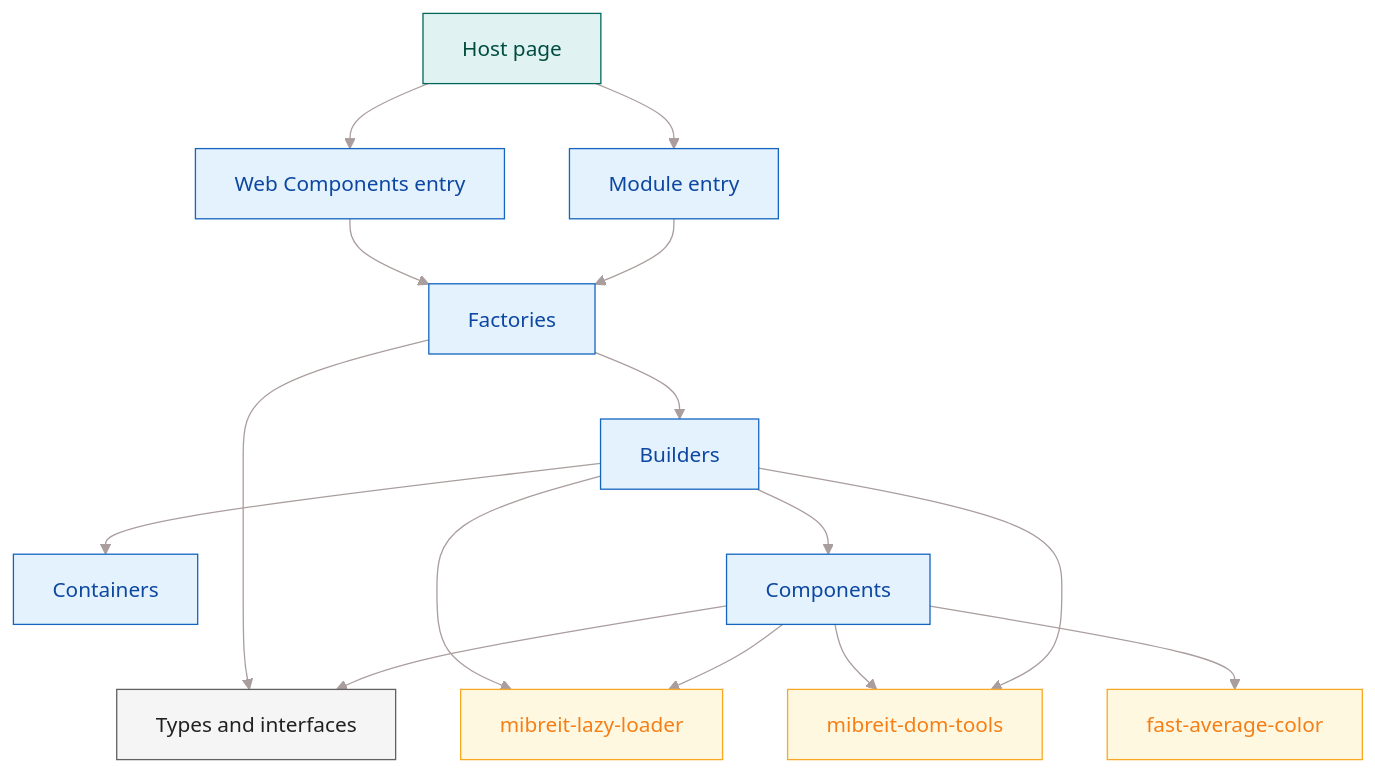
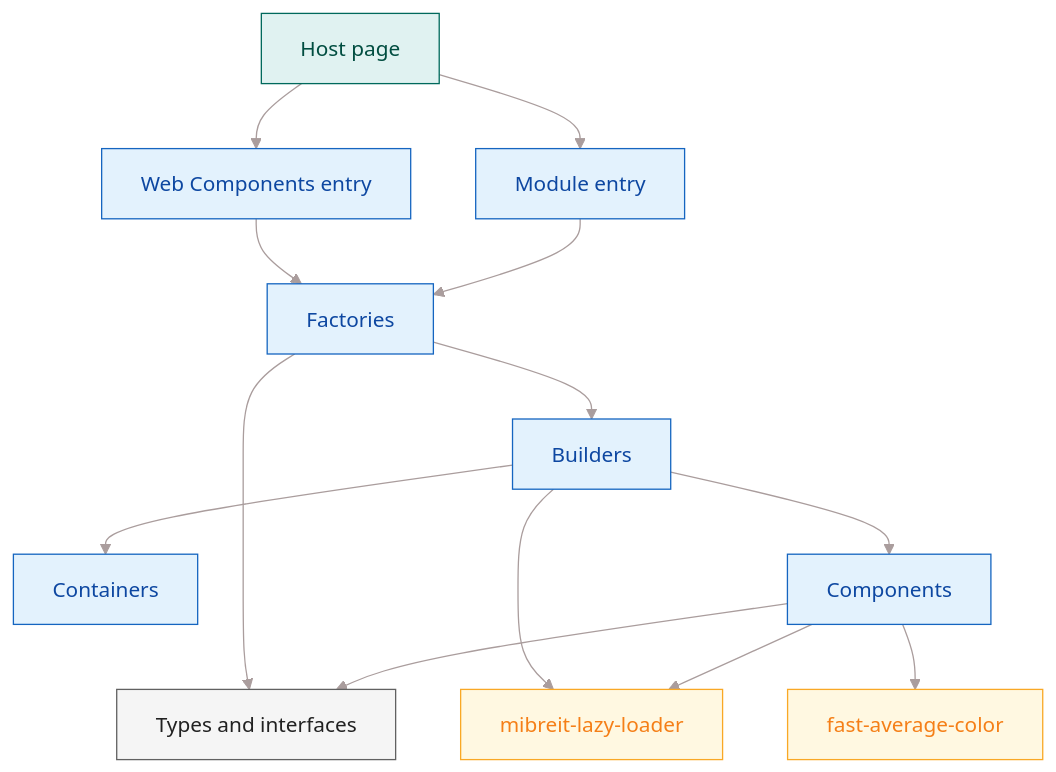
The fourth of 7 diagrams in doc/architecture.md (MichaelBreitung/mibreit-gallery-ts), drawn with Mermaid before and after one commit. The commit also changed other lines of this file and 29 other files, not shown here.

First line of the commit message:
chore : removed dom tools dependency

````diff
--- a/doc/architecture.md
+++ b/doc/architecture.md
@@ -256,40 +253,37 @@
 ```mermaid
 %%{init: {'theme': 'neutral', 'themeVariables': {'primaryColor': '#e3f2fd', 'lineColor': '#aa9d9d'}}}%%
 graph TD
     host["Host page"]
     wc["Web Components entry"]
     esm["Module entry"]
     fac["Factories"]
     bld["Builders"]
     con["Containers"]
     cmp["Components"]
     typ["Types and interfaces"]
     ll["mibreit-lazy-loader"]
-    dt["mibreit-dom-tools"]
     fa["fast-average-color"]
 
     host --> wc
     host --> esm
     wc --> fac
     esm --> fac
     fac --> bld
     fac --> typ
     bld --> con
     bld --> cmp
     cmp --> typ
     bld --> ll
     cmp --> ll
-    cmp --> dt
-    bld --> dt
     cmp --> fa
 
     classDef core     fill:#e3f2fd,stroke:#1565c0,stroke-width:1px,color:#0d47a1
     classDef consumer fill:#e0f2f1,stroke:#00695c,stroke-width:1px,color:#004d40
     classDef service  fill:#fff8e1,stroke:#f9a825,stroke-width:1px,color:#f57f17
     classDef support  fill:#f5f5f5,stroke:#616161,color:#212121
 
     class host consumer
     class wc,esm,fac,bld,con,cmp core
     class typ support
-    class ll,dt,fa service
+    class ll,fa service
 ```
````
